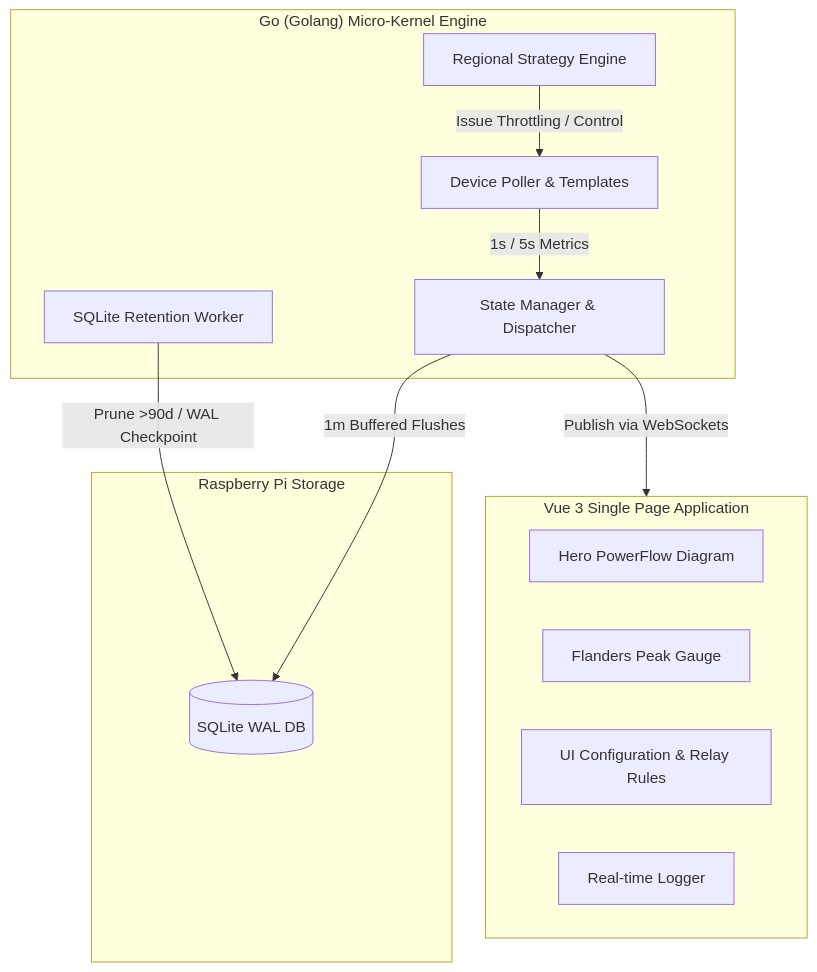
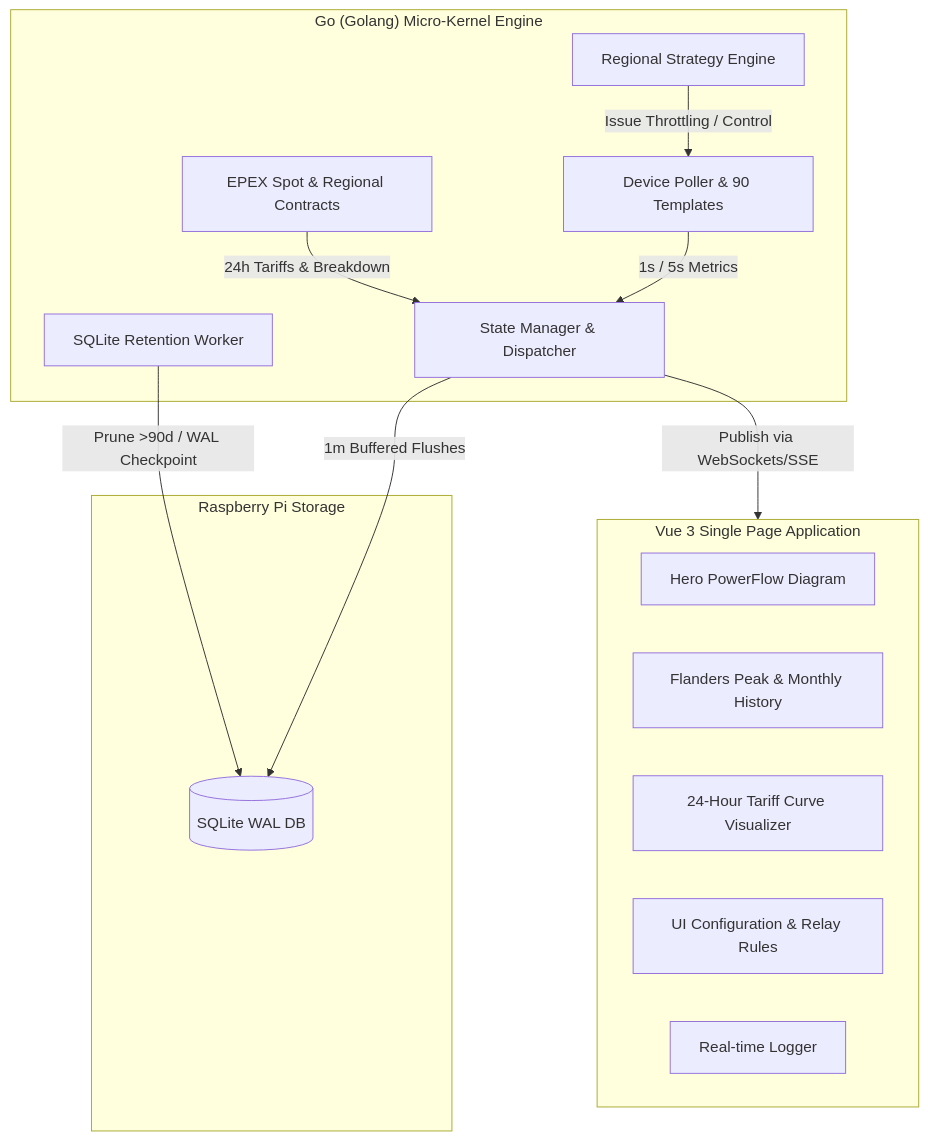
One commit to webdotpulse/GRID-EMS-RELEASE changed the first of 3 diagrams in docs/advanced_manual.md. Above: the diagram before and after it, drawn with Mermaid. The commit also changed other lines of this file and 57 other files, not shown here.

````diff
--- a/docs/advanced_manual.md
+++ b/docs/advanced_manual.md
@@ -23,26 +30,29 @@
 ```mermaid
 graph TD
     subgraph Frontend ["Vue 3 Single Page Application"]
         PowerFlow["Hero PowerFlow Diagram"]
-        DashGauge["Flanders Peak Gauge"]
+        DashGauge["Flanders Peak & Monthly History"]
+        TariffVis["24-Hour Tariff Curve Visualizer"]
         SettingsUI["UI Configuration & Relay Rules"]
         LogsUI["Real-time Logger"]
     end
 
     subgraph Backend ["Go (Golang) Micro-Kernel Engine"]
-        Poller["Device Poller & Templates"]
+        Poller["Device Poller & 90 Templates"]
         Strategy["Regional Strategy Engine"]
+        Pricing["EPEX Spot & Regional Contracts"]
         State["State Manager & Dispatcher"]
         Pruning["SQLite Retention Worker"]
     end
 
     subgraph Storage ["Raspberry Pi Storage"]
         DB[(SQLite WAL DB)]
     end
 
     Poller -->|1s / 5s Metrics| State
-    State -->|Publish via WebSockets| Frontend
+    Pricing -->|24h Tariffs & Breakdown| State
+    State -->|Publish via WebSockets/SSE| Frontend
     Strategy -->|Issue Throttling / Control| Poller
     State -->|1m Buffered Flushes| DB
     Pruning -->|Prune >90d / WAL Checkpoint| DB
 ```
````
